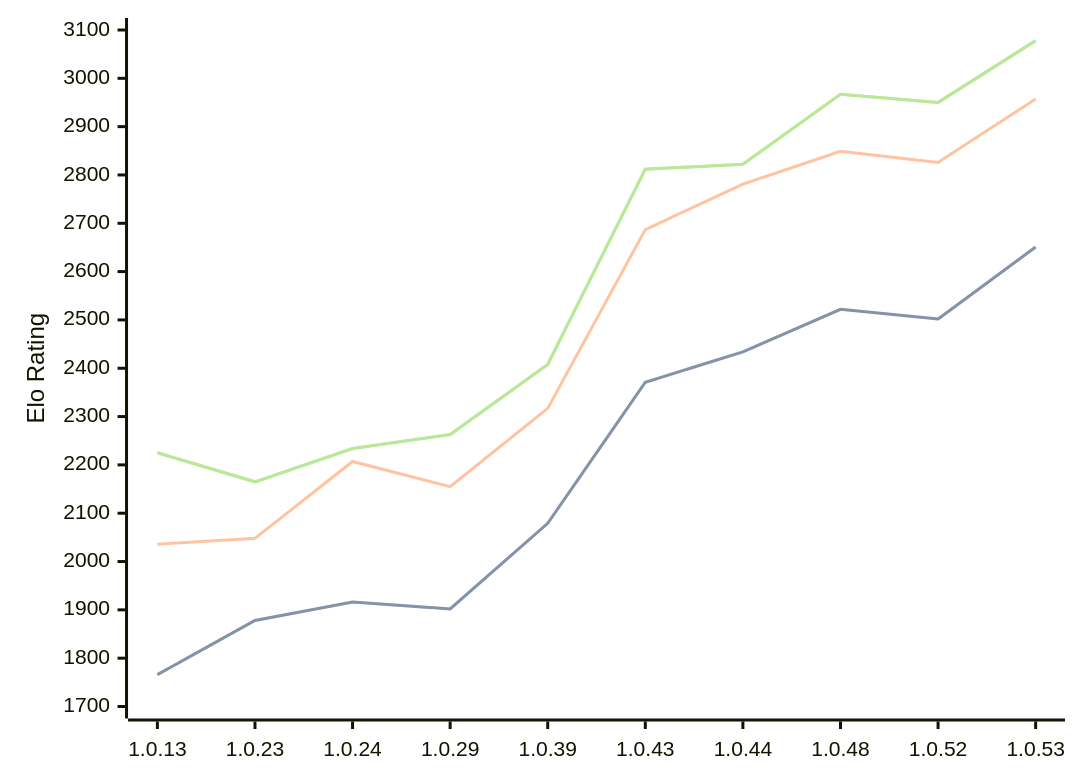
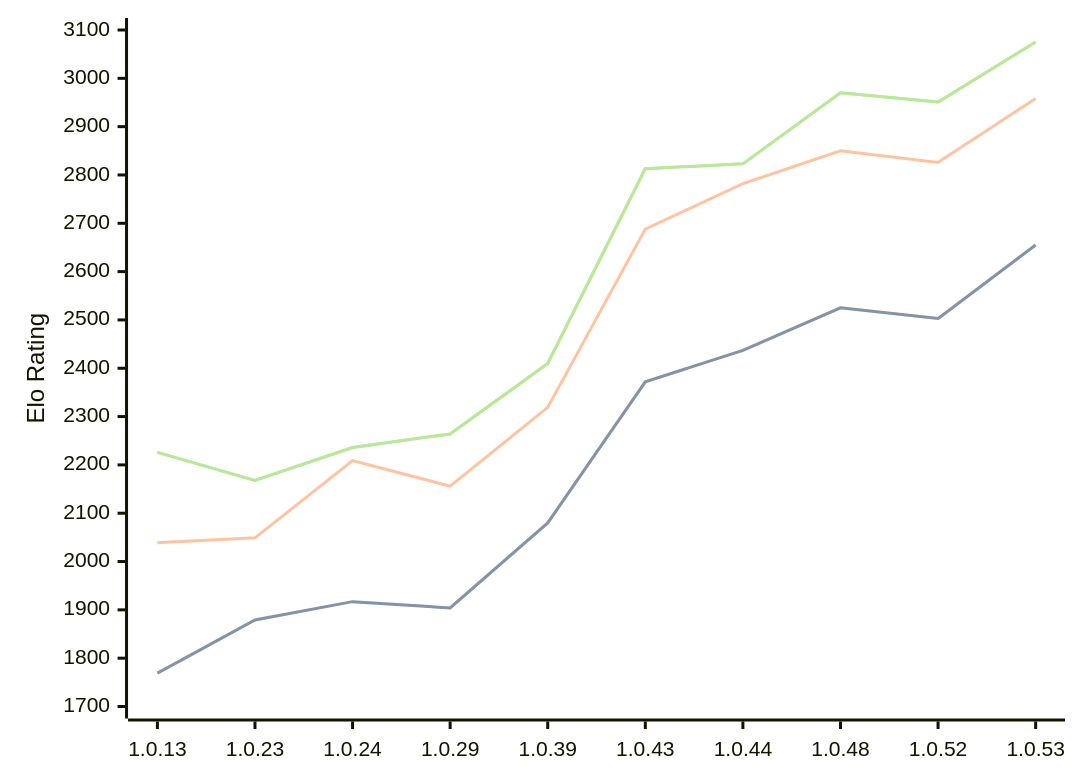
One commit to computer-chess-index/cci changed the diagram in engines/RustyRival.md. Above: the diagram before and after it, drawn with Mermaid. The commit also changed other lines of this file, not shown here.

Commit message:
Update CCI Ratings (ELO VLTC) - 2026-08-22

````diff
--- a/engines/RustyRival.md
+++ b/engines/RustyRival.md
@@ -54,11 +54,11 @@
 ```mermaid
 %%{init: {"theme":"base","themeVariables":{"seriesColors:['#a3a3a3','#222221','#faa371']}}}%%
 xychart-beta
   x-axis ["1.0.13", "1.0.23", "1.0.24", "1.0.29", "1.0.39", "1.0.43", "1.0.44", "1.0.48", "1.0.52", "1.0.53"]
   y-axis "Elo Rating" 1700 --> 3100
-  line "STC (8.0+0.08s)" [1766, 1878, 1916, 1902, 2079, 2371, 2434, 2522, 2502, 2651]
-  line "STC (8.0+0.08s)" [1766, 1878, 1916, 1902, 2079, 2371, 2434, 2522, 2502, 2651]
-  line "LTC (60.0+0.60s)" [2036, 2048, 2207, 2155, 2317, 2687, 2781, 2849, 2826, 2957]
-  line "VLTC (2m24s+1.12s)" [2225, 2165, 2234, 2263, 2408, 2812, 2822, 2967, 2950, 3078]
-  line "VLTC (2m24s+1.12s)" [2225, 2165, 2234, 2263, 2408, 2812, 2822, 2967, 2950, 3078]
+  line "STC (8.0+0.08s)" [1769, 1879, 1917, 1904, 2080, 2372, 2437, 2525, 2503, 2655]
+  line "STC (8.0+0.08s)" [1769, 1879, 1917, 1904, 2080, 2372, 2437, 2525, 2503, 2655]
+  line "LTC (60.0+0.60s)" [2039, 2049, 2209, 2156, 2319, 2688, 2782, 2850, 2826, 2958]
+  line "VLTC (2m24s+1.12s)" [2226, 2168, 2236, 2264, 2410, 2813, 2823, 2970, 2951, 3075]
+  line "VLTC (2m24s+1.12s)" [2226, 2168, 2236, 2264, 2410, 2813, 2823, 2970, 2951, 3075]
 ```
````
